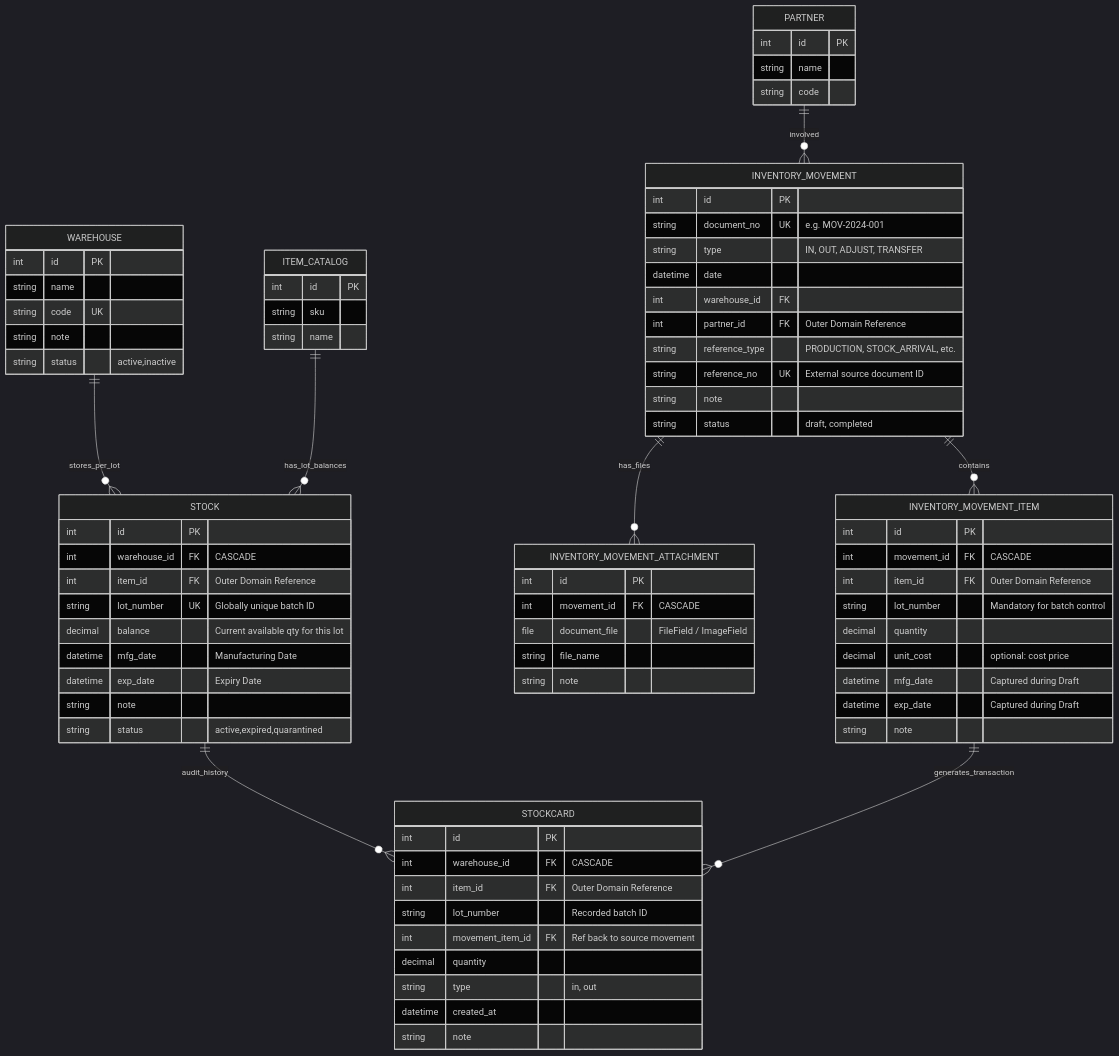
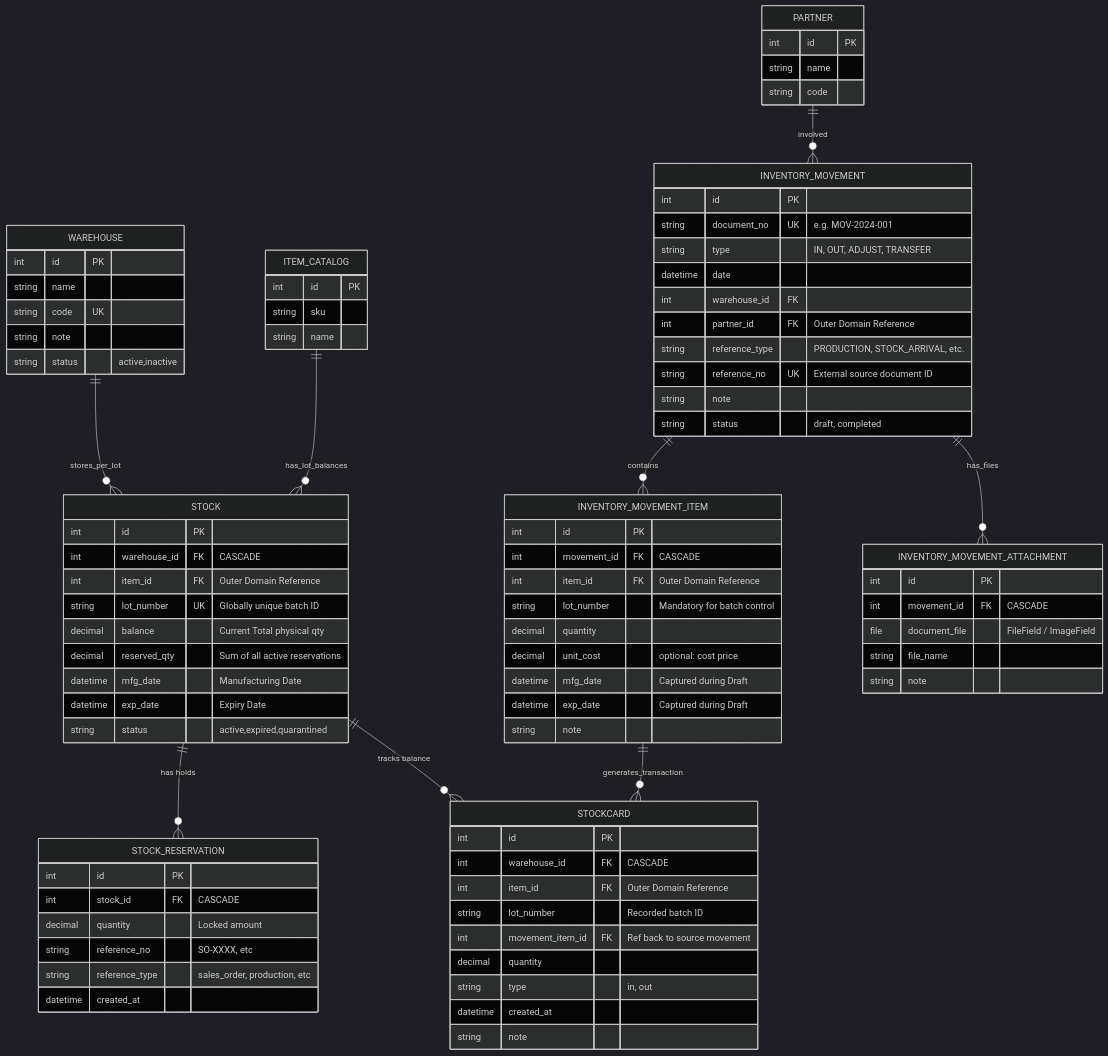
Before and after one commit to lockdoor/tj_inventory: the diagram in django/srcs/inventory/docs/ERD.md, drawn with Mermaid (dark theme). The commit also changed 12 other files, not shown here.

```diff
--- a/django/srcs/inventory/docs/ERD.md
+++ b/django/srcs/inventory/docs/ERD.md
@@ -29,11 +29,21 @@
         int warehouse_id FK "CASCADE"
         int item_id FK "Outer Domain Reference"
         string lot_number UK "Globally unique batch ID"
-        decimal balance "Current available qty for this lot"
+        decimal balance "Current Total physical qty"
+        decimal reserved_qty "Sum of all active reservations"
         datetime mfg_date "Manufacturing Date"
         datetime exp_date "Expiry Date"
-        string note
         string status "active,expired,quarantined"
+    }
+
+    %% Physical lock on specific stock record
+    STOCK_RESERVATION {
+        int id PK
+        int stock_id FK "CASCADE"
+        decimal quantity "Locked amount"
+        string reference_no "SO-XXXX, etc"
+        string reference_type "sales_order, production, etc"
+        datetime created_at
     }
 
     %% Transaction history with Lot tracking
@@ -88,7 +98,8 @@
     %% Relationships
     WAREHOUSE ||--o{ STOCK : "stores_per_lot"
     ITEM_CATALOG ||--o{ STOCK : "has_lot_balances"
-    STOCK ||--o{ STOCKCARD : "audit_history"
+    STOCK ||--o{ STOCK_RESERVATION : "has holds"
+    STOCK ||--o{ STOCKCARD : "tracks balance"
     INVENTORY_MOVEMENT ||--o{ INVENTORY_MOVEMENT_ITEM : "contains"
     INVENTORY_MOVEMENT ||--o{ INVENTORY_MOVEMENT_ATTACHMENT : "has_files"
     INVENTORY_MOVEMENT_ITEM ||--o{ STOCKCARD : "generates_transaction"
```
